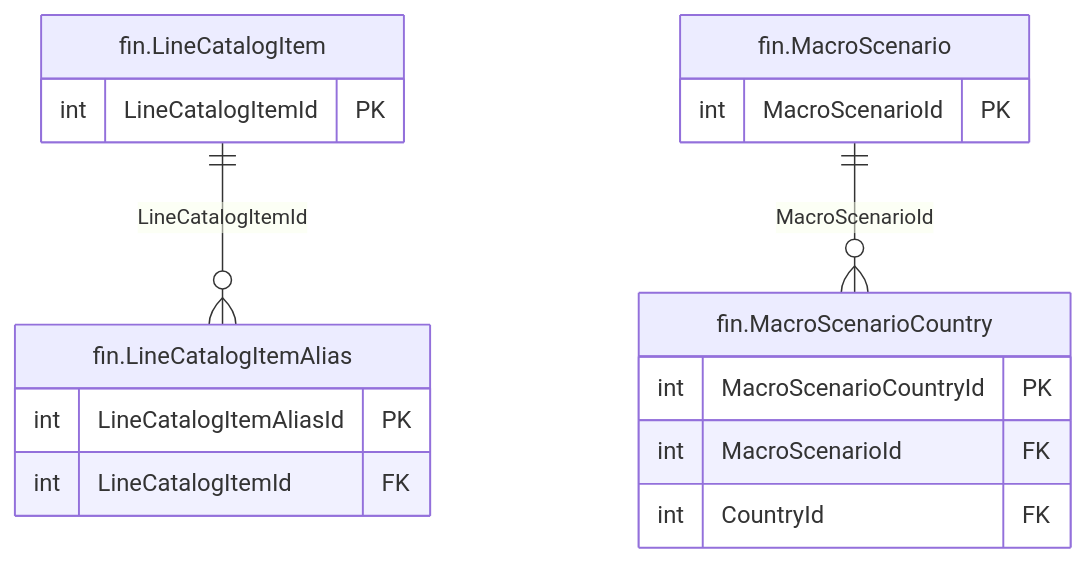
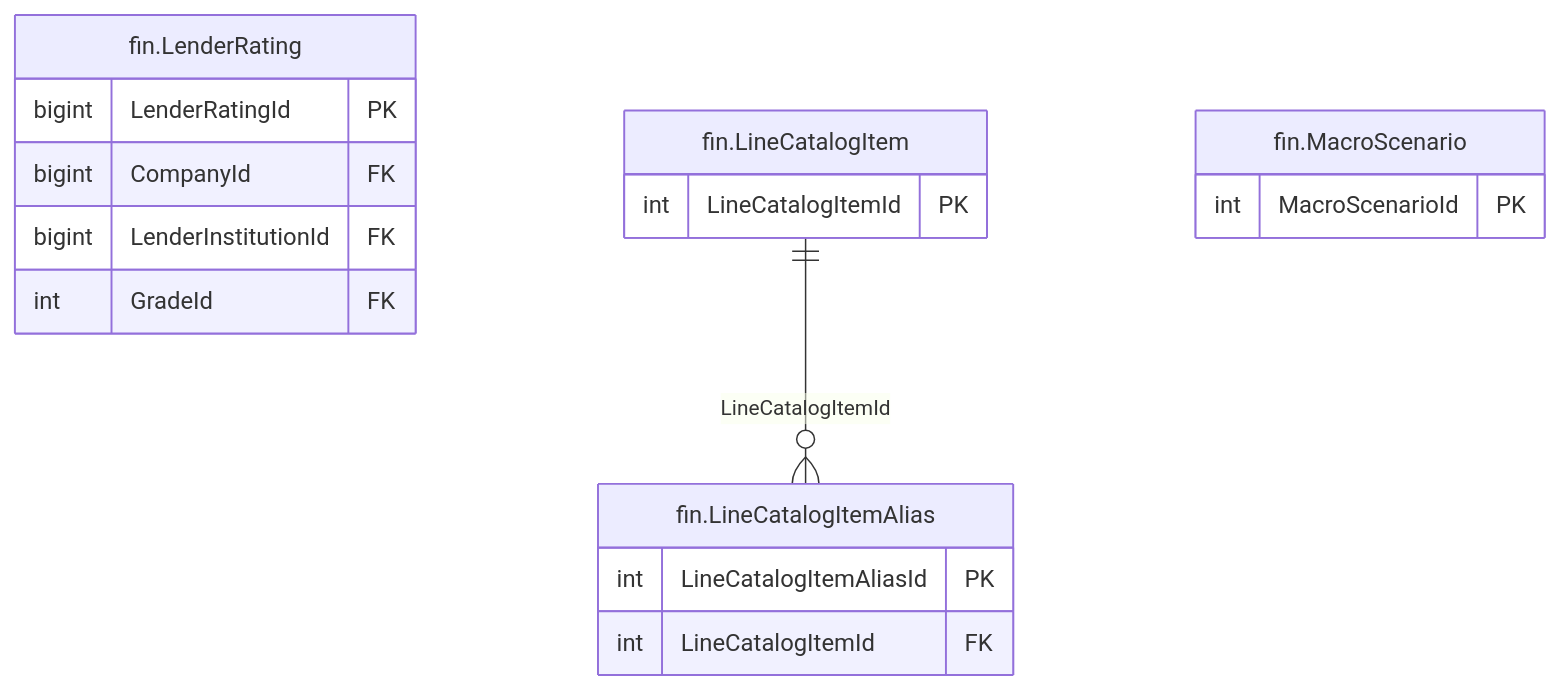
Before and after one commit to thawrasy/smartlines: the diagram in treasury-platform/docs/diagrams/erd/m5_financials_8.mmd, drawn with Mermaid. The commit also changed 183 other files, not shown here.

```diff
--- a/treasury-platform/docs/diagrams/erd/m5_financials_8.mmd
+++ b/treasury-platform/docs/diagrams/erd/m5_financials_8.mmd
@@ -1,19 +1,19 @@
 %% م5 · البيانات المالية والأرصدة (8/14) — Financial statements & balances
 erDiagram
+  fin_LenderRating["fin.LenderRating"] {
+    bigint LenderRatingId PK
+    bigint CompanyId FK
+    bigint LenderInstitutionId FK
+    int GradeId FK
+  }
   fin_LineCatalogItem["fin.LineCatalogItem"] {
     int LineCatalogItemId PK
   }
   fin_LineCatalogItemAlias["fin.LineCatalogItemAlias"] {
     int LineCatalogItemAliasId PK
     int LineCatalogItemId FK
   }
   fin_MacroScenario["fin.MacroScenario"] {
     int MacroScenarioId PK
   }
-  fin_MacroScenarioCountry["fin.MacroScenarioCountry"] {
-    int MacroScenarioCountryId PK
-    int MacroScenarioId FK
-    int CountryId FK
-  }
   fin_LineCatalogItem ||--o{ fin_LineCatalogItemAlias : "LineCatalogItemId"
-  fin_MacroScenario ||--o{ fin_MacroScenarioCountry : "MacroScenarioId"
```
